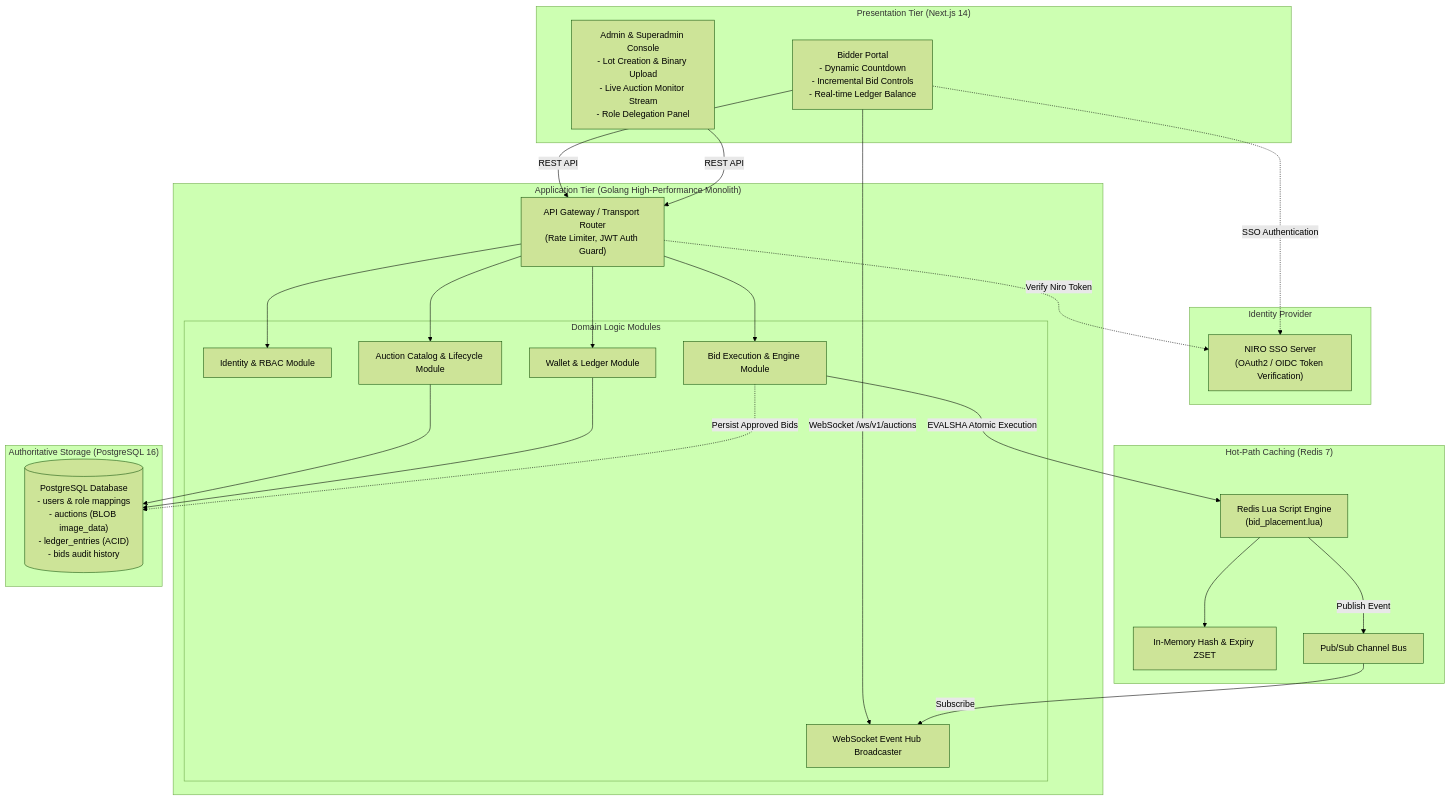
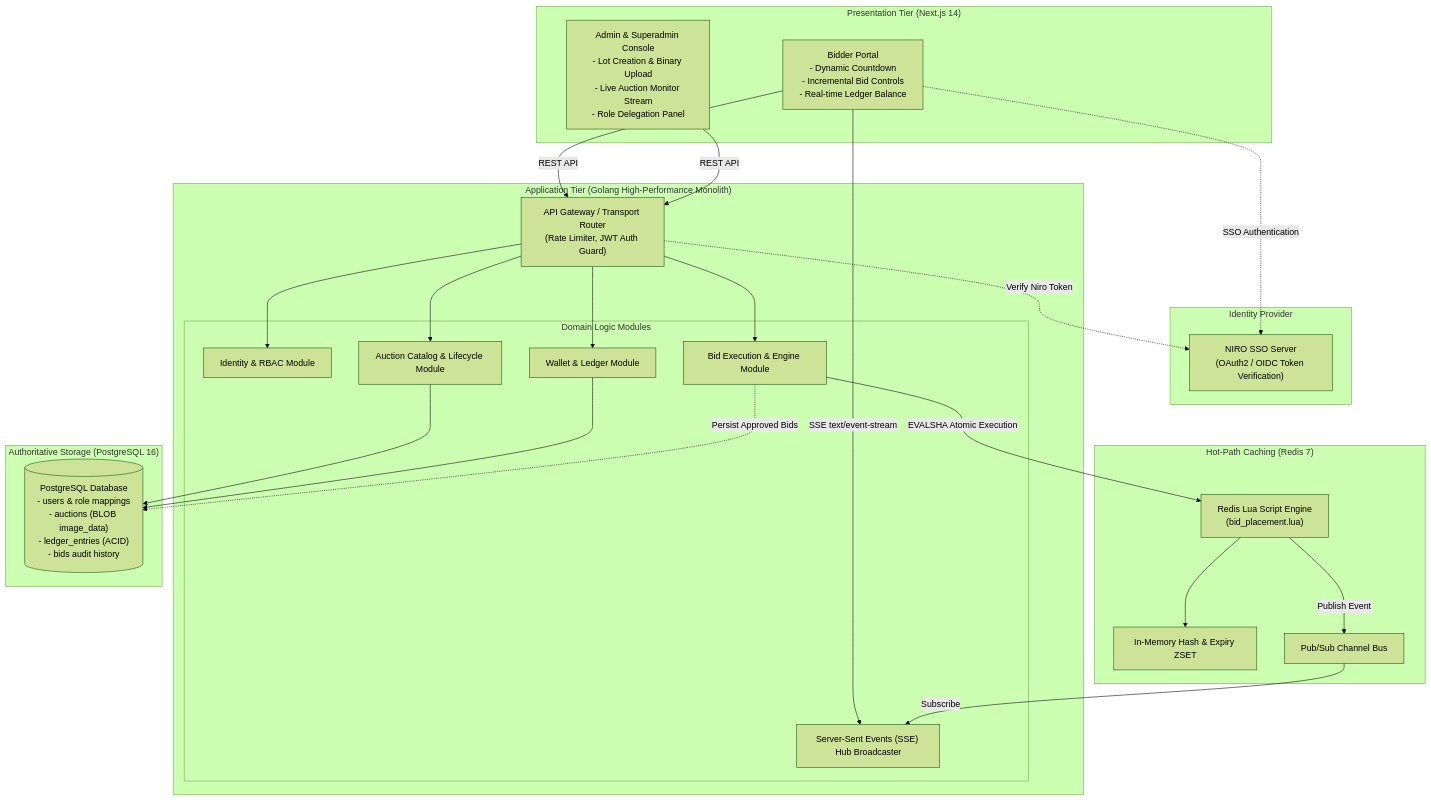
The second of 3 diagrams in 02_Projects/real-time-auction-engine/04_Design/high-level-design.md (daniesalim304/SALT-HACKATON-2026), drawn with Mermaid (forest theme) before and after one commit. The commit also changed other lines of this file and 24 other files, not shown here.

````diff
--- a/02_Projects/real-time-auction-engine/04_Design/high-level-design.md
+++ b/02_Projects/real-time-auction-engine/04_Design/high-level-design.md
@@ -150,53 +150,53 @@
 ```mermaid
 flowchart TD
     subgraph Presentation_Layer ["Presentation Tier (Next.js 14)"]
         FE_Bidder["Bidder Portal\n- Dynamic Countdown\n- Incremental Bid Controls\n- Real-time Ledger Balance"]
         FE_Admin["Admin & Superadmin Console\n- Lot Creation & Binary Upload\n- Live Auction Monitor Stream\n- Role Delegation Panel"]
     end
 
     subgraph Auth_Gateway ["Identity Provider"]
         NIRO["NIRO SSO Server\n(OAuth2 / OIDC Token Verification)"]
     end
 
     subgraph Core_Engine ["Application Tier (Golang High-Performance Monolith)"]
         APIGW["API Gateway / Transport Router\n(Rate Limiter, JWT Auth Guard)"]
         
         subgraph Domain_Services ["Domain Logic Modules"]
             AuthMod["Identity & RBAC Module"]
             LotMod["Auction Catalog & Lifecycle Module"]
             BidMod["Bid Execution & Engine Module"]
             WalletMod["Wallet & Ledger Module"]
-            WSHub["WebSocket Event Hub Broadcaster"]
+            SSEHub["Server-Sent Events (SSE) Hub Broadcaster"]
         end
     end
 
     subgraph Memory_Layer ["Hot-Path Caching (Redis 7)"]
         LuaEngine["Redis Lua Script Engine\n(bid_placement.lua)"]
         RedisState["In-Memory Hash & Expiry ZSET"]
         RedisPubSub["Pub/Sub Channel Bus"]
     end
 
     subgraph Storage_Layer ["Authoritative Storage (PostgreSQL 16)"]
         PostgresDB[("PostgreSQL Database\n- users & role mappings\n- auctions (BLOB image_data)\n- ledger_entries (ACID)\n- bids audit history")]
     end
 
     FE_Bidder -->|REST API| APIGW
-    FE_Bidder -->|WebSocket /ws/v1/auctions| WSHub
+    FE_Bidder -->|SSE text/event-stream| SSEHub
     FE_Admin -->|REST API| APIGW
     FE_Bidder -.->|SSO Authentication| NIRO
     APIGW -.->|Verify Niro Token| NIRO
 
     APIGW --> AuthMod
     APIGW --> LotMod
     APIGW --> BidMod
     APIGW --> WalletMod
 
     BidMod -->|EVALSHA Atomic Execution| LuaEngine
     LuaEngine --> RedisState
     LuaEngine -->|Publish Event| RedisPubSub
-    RedisPubSub -->|Subscribe| WSHub
+    RedisPubSub -->|Subscribe| SSEHub
 
     LotMod --> PostgresDB
     WalletMod --> PostgresDB
     BidMod -.->|Persist Approved Bids| PostgresDB
 ```
````
